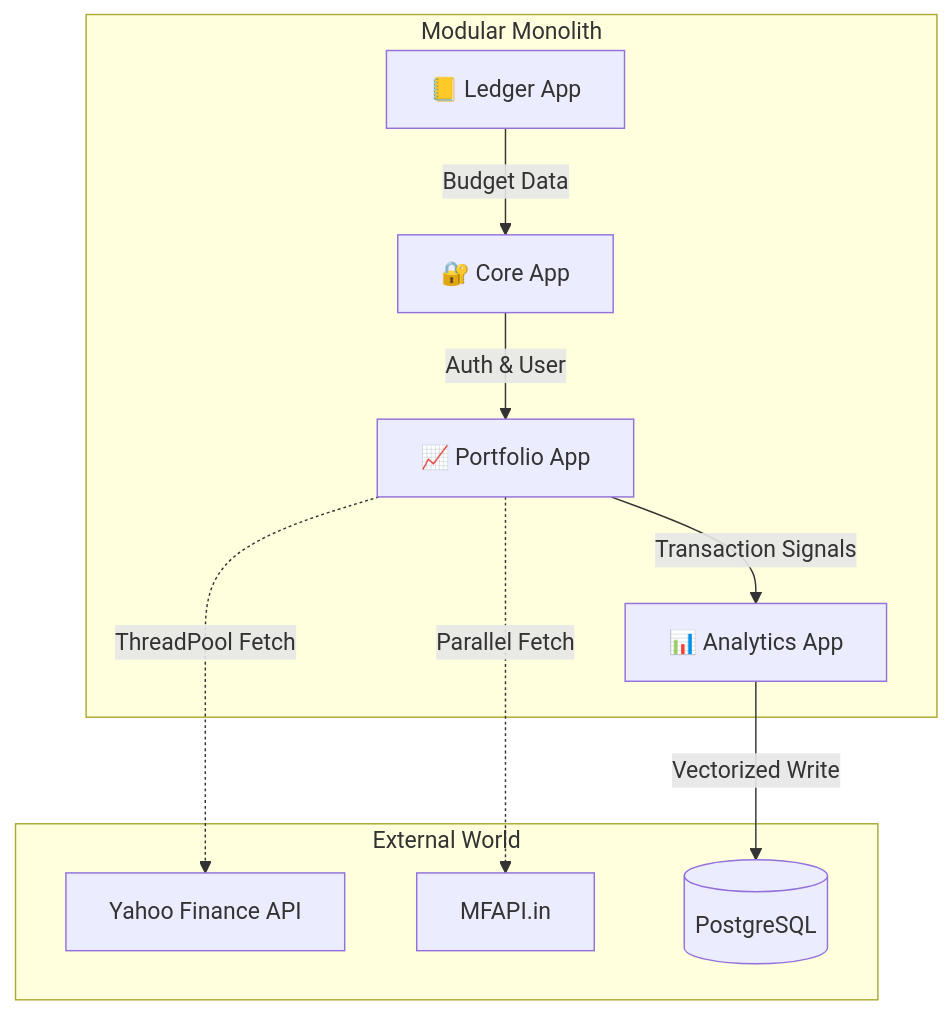
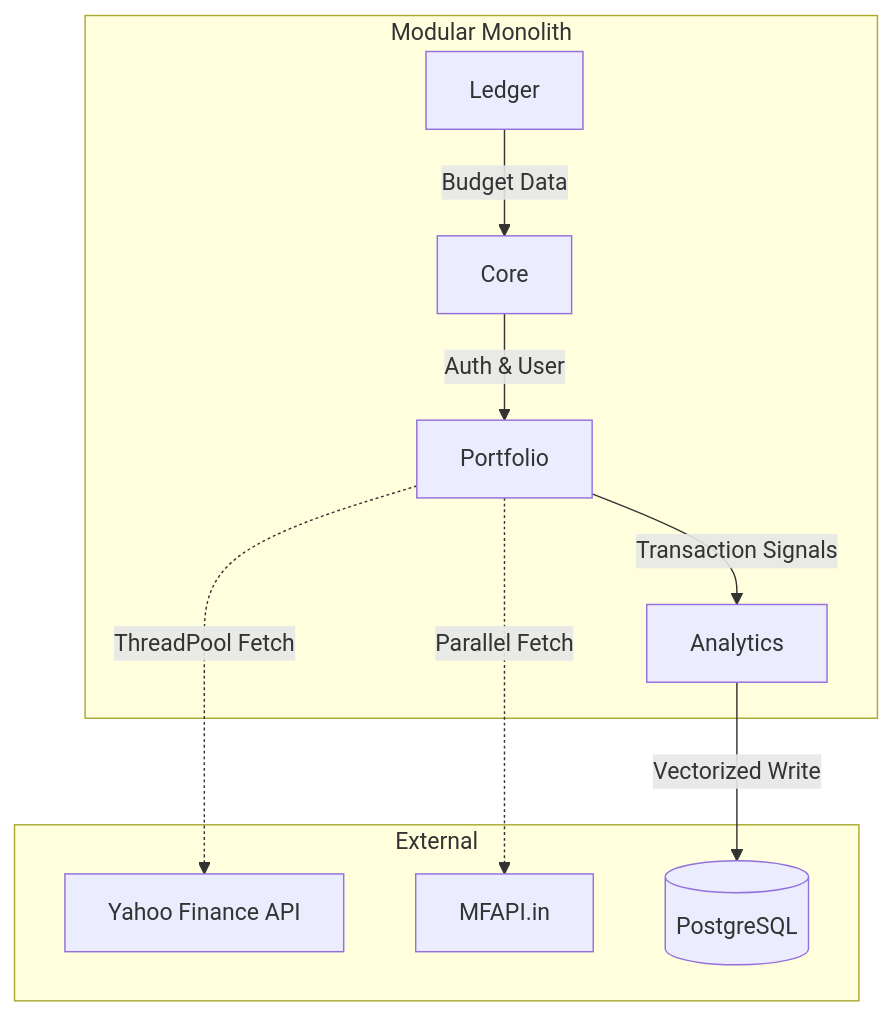
Before and after one commit to pandaa-69/PandaLedger: the second of 2 diagrams in README.md, drawn with Mermaid. The commit also changed other lines of this file and 8 other files, not shown here.

````diff
--- a/README.md
+++ b/README.md
@@ -86,19 +69,18 @@
 ```mermaid
 graph TD
     subgraph "Modular Monolith"
-        C[🔐 Core App] -->|Auth & User| P[📈 Portfolio App]
-        P -->|Transaction Signals| A[📊 Analytics App]
-        L[📒 Ledger App] -->|Budget Data| C
+        C[Core] -->|Auth & User| P[Portfolio]
+        P -->|Transaction Signals| A[Analytics]
+        L[Ledger] -->|Budget Data| C
     end
-    
-    subgraph "External World"
+
+    subgraph "External"
         YF[Yahoo Finance API]
         MF[MFAPI.in]
         DB[(PostgreSQL)]
     end
 
     P -.->|ThreadPool Fetch| YF
     P -.->|Parallel Fetch| MF
     A -->|Vectorized Write| DB
-
 ```
````
